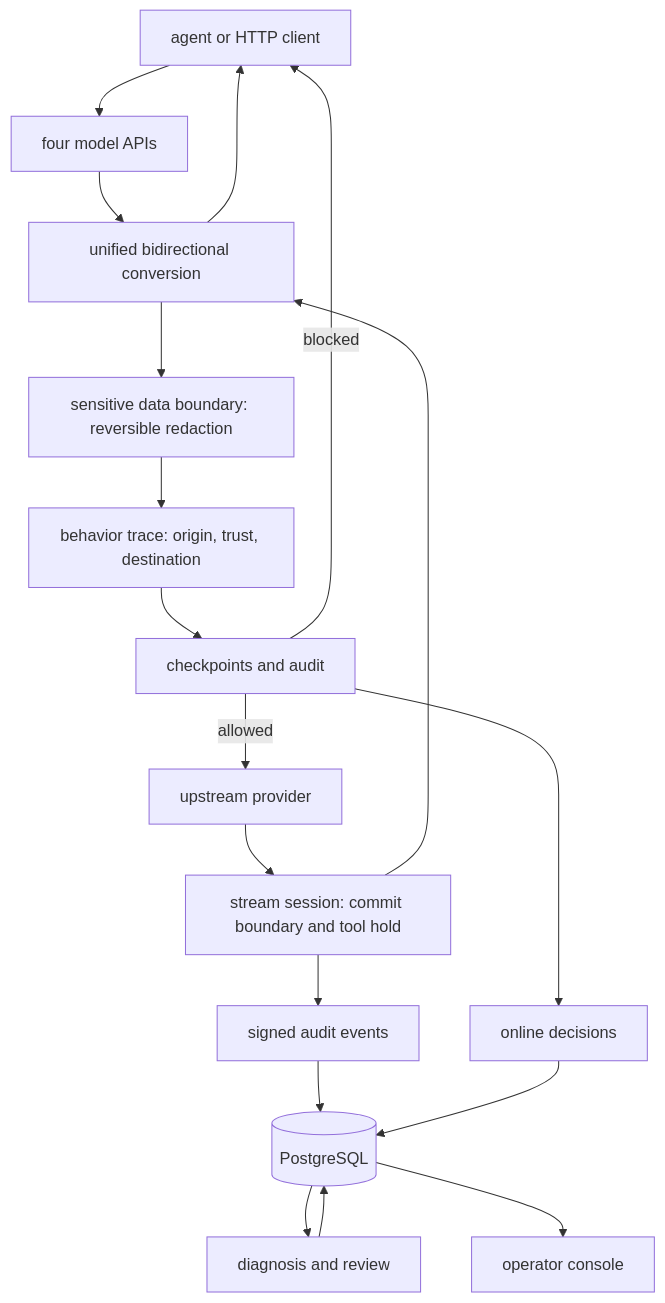
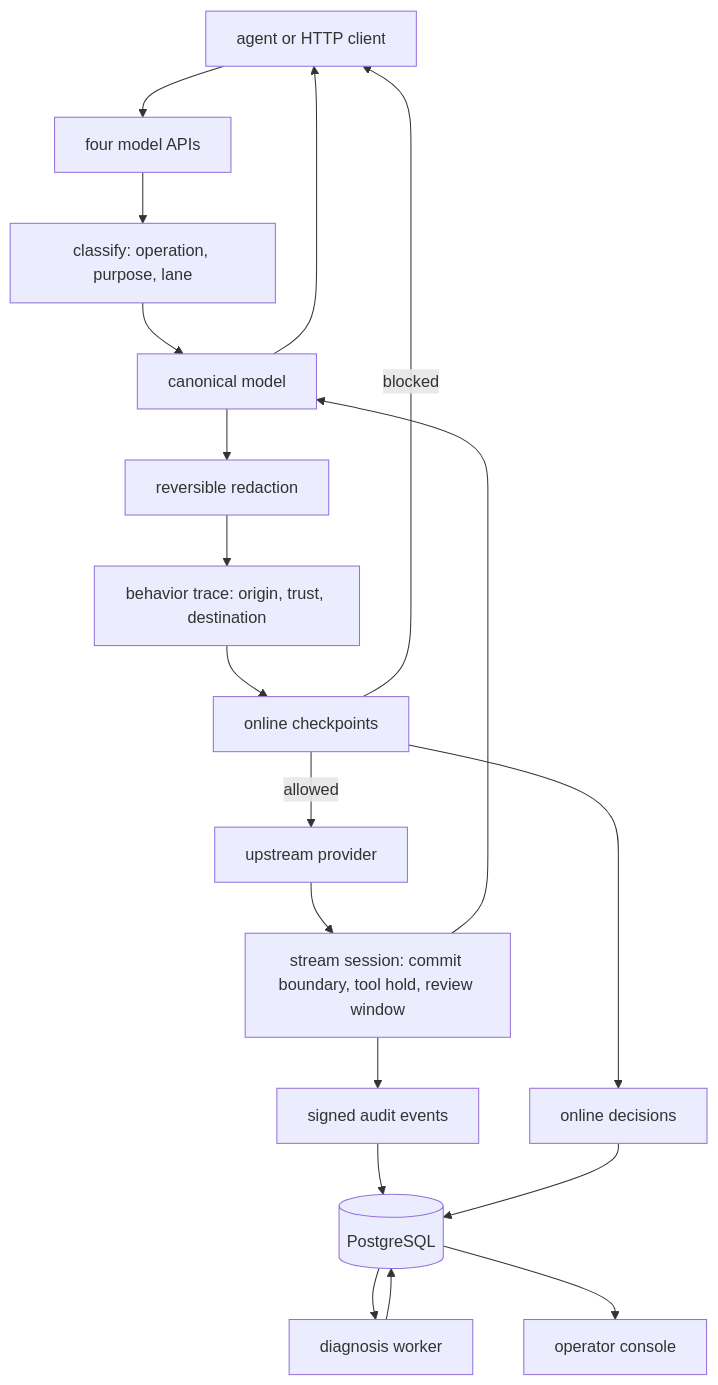
The diagram in README.md (yv1ing/SafeAgent), drawn with Mermaid before and after one commit. The commit also changed other lines of this file and 494 other files, not shown here.

````diff
--- a/README.md
+++ b/README.md
@@ -69,20 +75,21 @@
 ```mermaid
 flowchart TB
     Agent["agent or HTTP client"] --> API["four model APIs"]
-    API --> Convert["unified bidirectional conversion"]
-    Convert --> Boundary["sensitive data boundary: reversible redaction"]
+    API --> Classify["classify: operation, purpose, lane"]
+    Classify --> Convert["canonical model"]
+    Convert --> Boundary["reversible redaction"]
     Boundary --> Trace["behavior trace: origin, trust, destination"]
-    Trace --> Review["checkpoints and audit"]
+    Trace --> Review["online checkpoints"]
     Review -->|allowed| Upstream["upstream provider"]
     Review -->|blocked| Agent
-    Upstream --> Stream["stream session: commit boundary and tool hold"]
+    Upstream --> Stream["stream session: commit boundary, tool hold, review window"]
     Stream --> Convert
     Convert --> Agent
     Stream --> Audit["signed audit events"]
     Review --> Decisions["online decisions"]
     Audit --> DB[("PostgreSQL")]
     Decisions --> DB
-    DB --> Worker["diagnosis and review"]
+    DB --> Worker["diagnosis worker"]
     Worker --> DB
     DB --> Console["operator console"]
 ```
````
